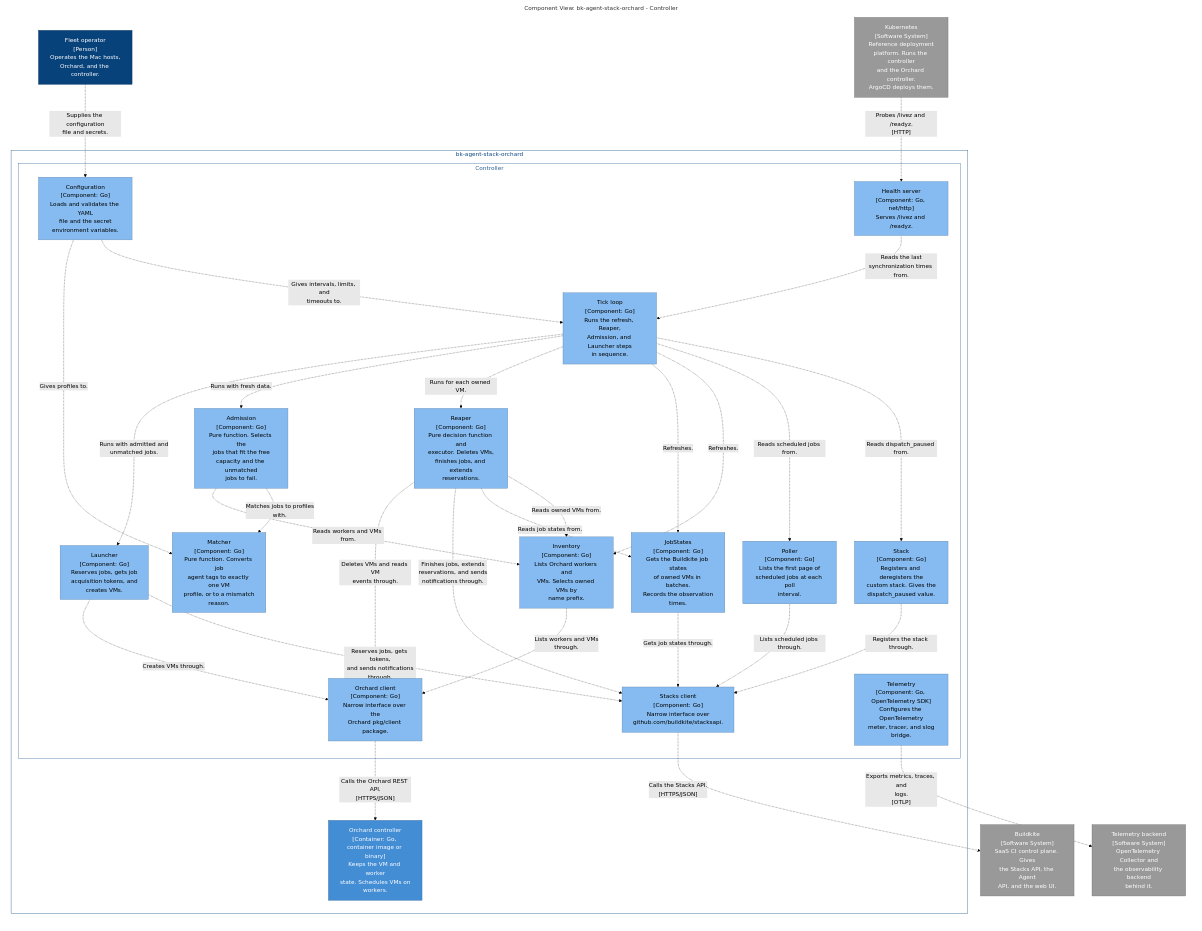
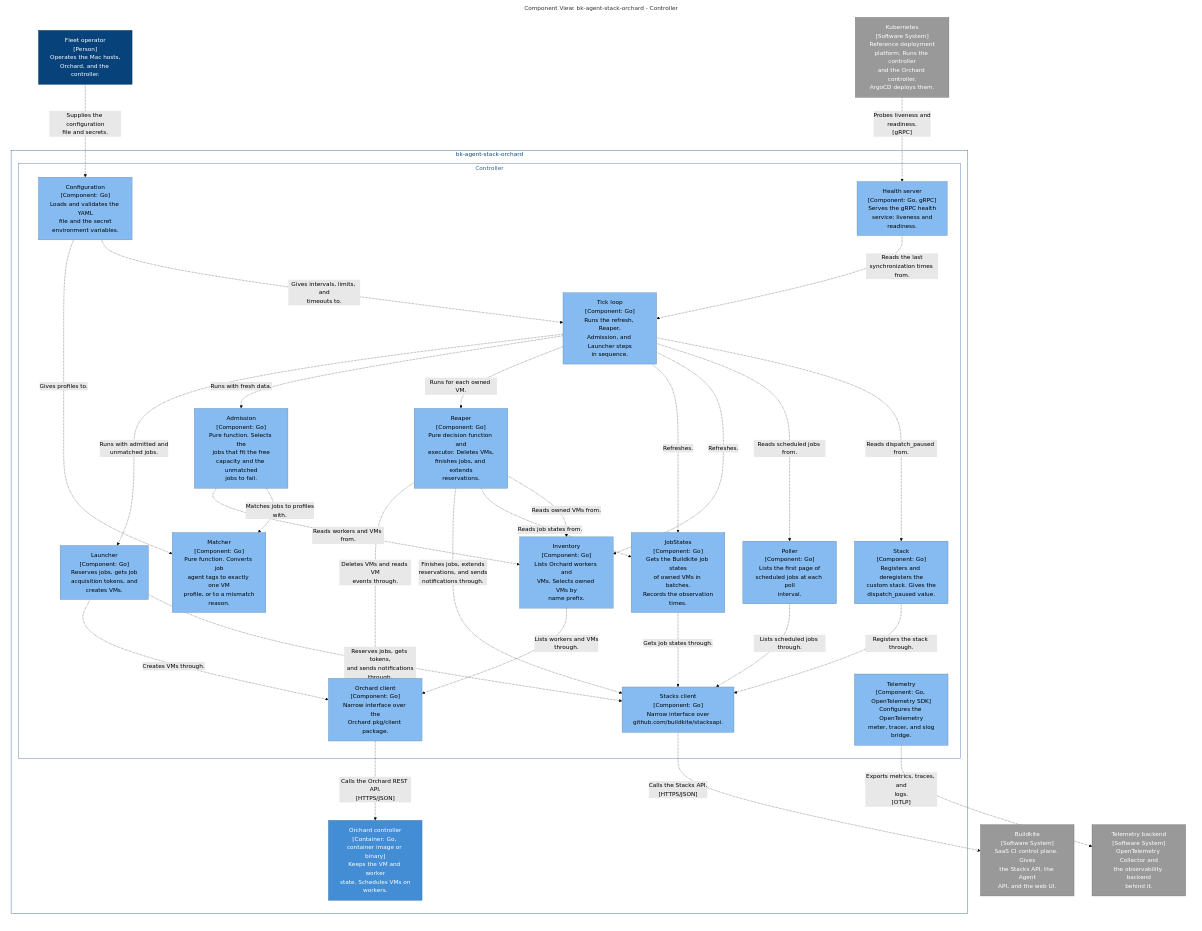
The third of 3 diagrams in docs/architecture/c4.md (joshwrightcodes/bk-agent-stack-orchard), drawn with Mermaid (forest theme) before and after one commit. The commit also changed other lines of this file and 15 other files, not shown here.

First line of the commit message:
feat(health): serve liveness and readiness over gRPC health checking (#75)

```diff
--- a/docs/architecture/c4.md
+++ b/docs/architecture/c4.md
@@ -128,7 +128,7 @@
 
         10["Configuration<br/>[Component: Go]<br/>Loads and validates the YAML<br/>file and the secret<br/>environment variables."]
         style 10 fill:#85bbf0,stroke:#5d82a8,color:#000000
-        11["Health server<br/>[Component: Go, net/http]<br/>Serves /livez and /readyz."]
+        11["Health server<br/>[Component: Go, gRPC]<br/>Serves the gRPC health<br/>service: liveness and<br/>readiness."]
         style 11 fill:#85bbf0,stroke:#5d82a8,color:#000000
         12["Tick loop<br/>[Component: Go]<br/>Runs the refresh, Reaper,<br/>Admission, and Launcher steps<br/>in sequence."]
         style 12 fill:#85bbf0,stroke:#5d82a8,color:#000000
@@ -161,7 +161,7 @@
     end
 
     2-. "Supplies the configuration<br/>file and secrets." .->10
-    6-. "Probes /livez and /readyz.<br/>[HTTP]" .->11
+    6-. "Probes liveness and<br/>readiness.<br/>[gRPC]" .->11
     10-. "Gives intervals, limits, and<br/>timeouts to." .->12
     10-. "Gives profiles to." .->17
     11-. "Reads the last<br/>synchronization times from." .->12
```
